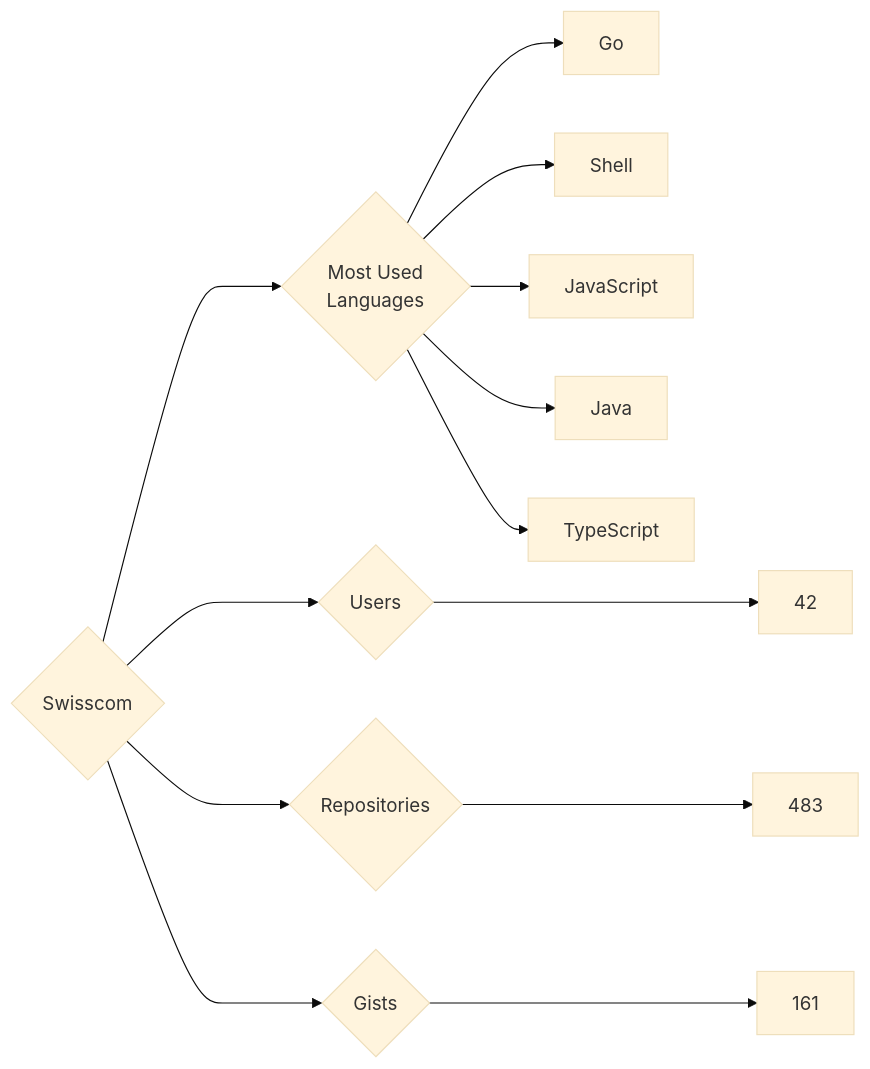
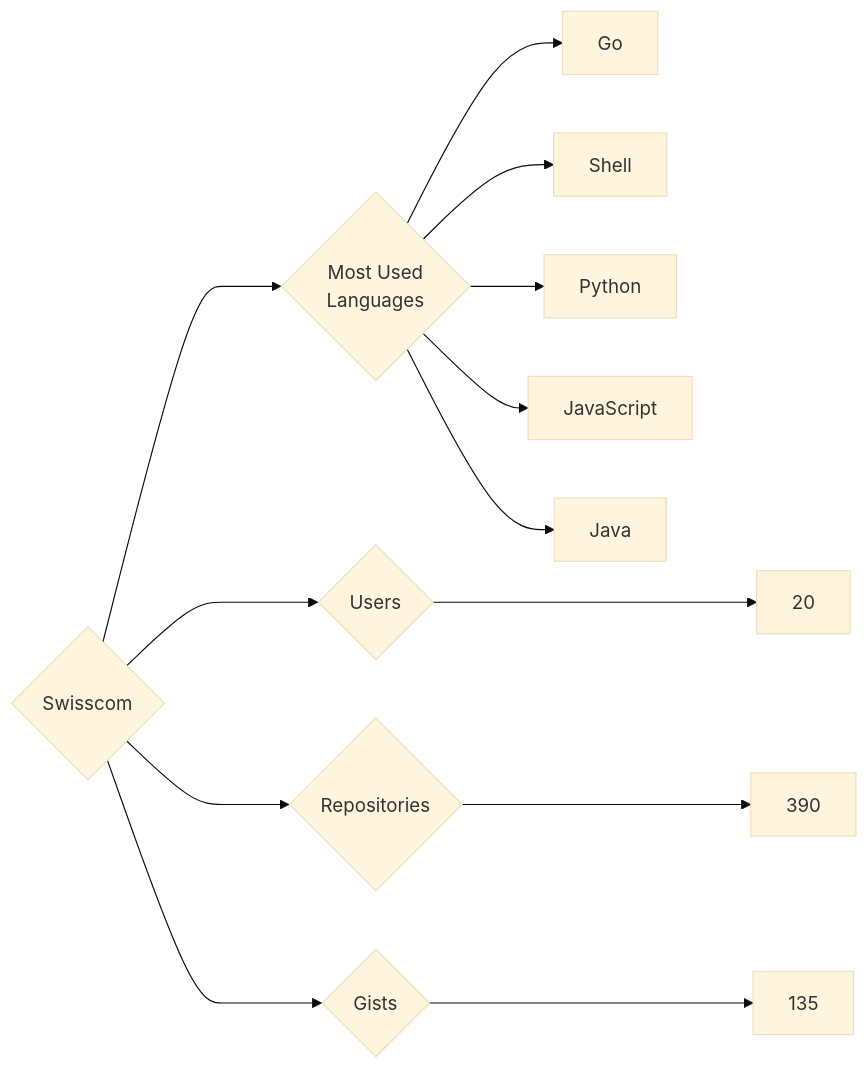
One commit to trickest/insiders changed the diagram in targets/Swisscom/README.md. Above: the diagram before and after it, drawn with Mermaid (base theme). The commit also changed 839 other files, not shown here.

````diff
--- a/targets/Swisscom/README.md
+++ b/targets/Swisscom/README.md
@@ -3,13 +3,13 @@
 ```mermaid
 graph LR
 COMPANY_NAME{Swisscom}
-COMPANY_NAME ---> U{Users} ---> UN[42]
-COMPANY_NAME ---> R{Repositories} ---> RN[483]
-COMPANY_NAME ---> G{Gists} ---> GN[161]
+COMPANY_NAME ---> U{Users} ---> UN[20]
+COMPANY_NAME ---> R{Repositories} ---> RN[390]
+COMPANY_NAME ---> G{Gists} ---> GN[135]
 COMPANY_NAME ---> ML{Most Used<br>Languages}
 ML --> Go[Go]
 ML --> Shell[Shell]
+ML --> Python[Python]
 ML --> JavaScript[JavaScript]
 ML --> Java[Java]
-ML --> TypeScript[TypeScript]
 ```
````
